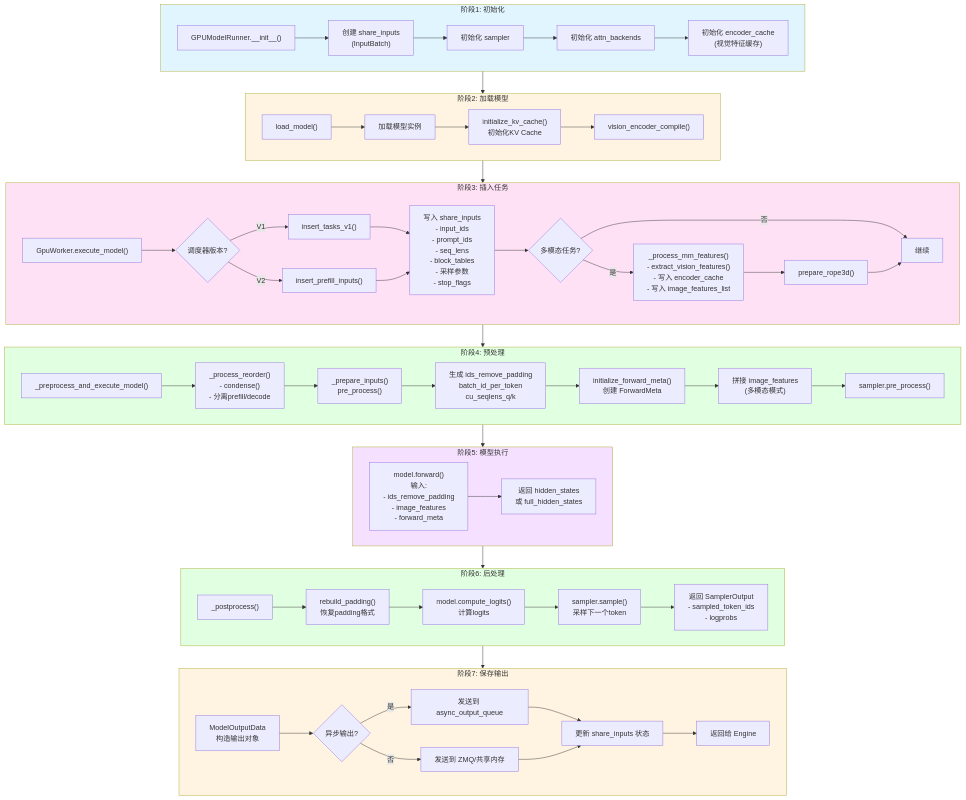
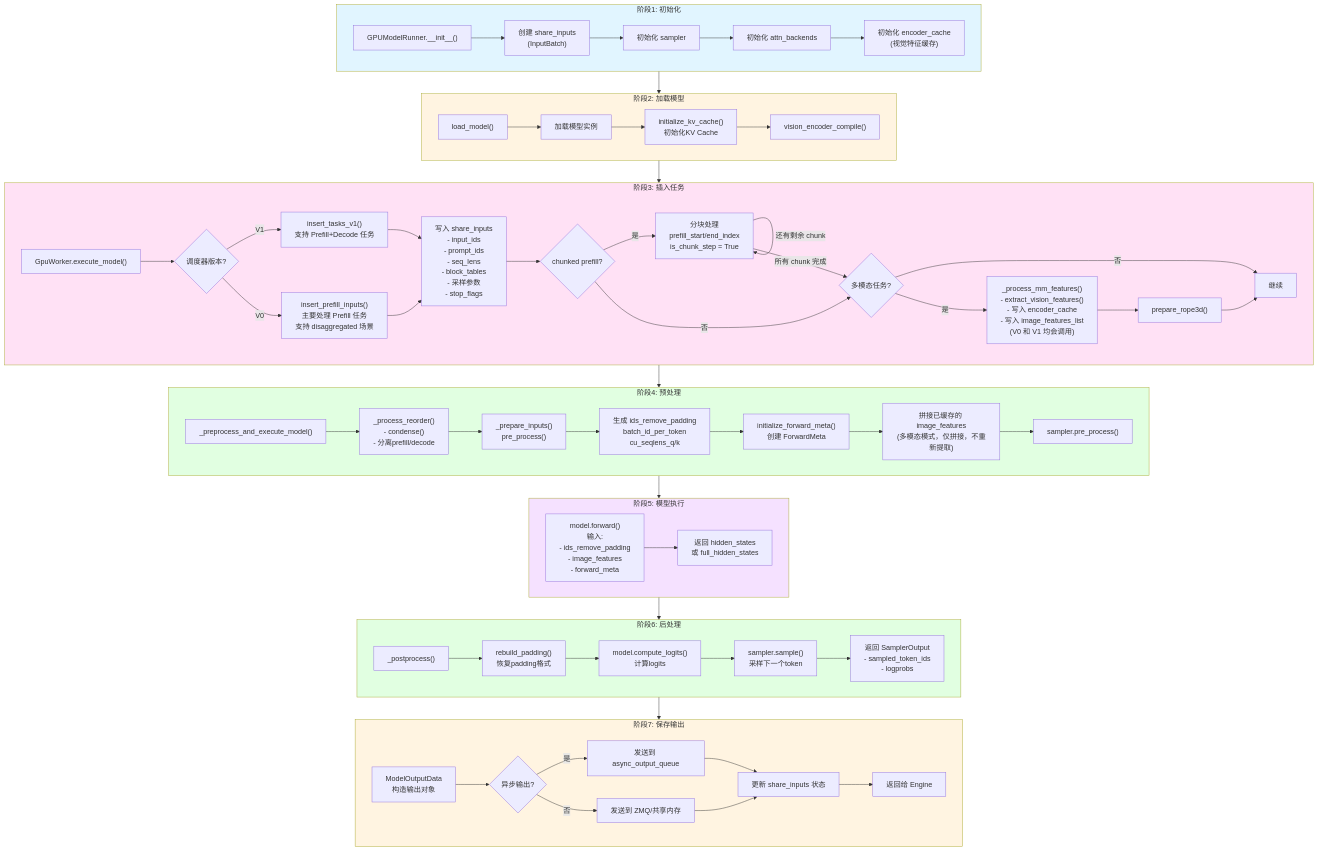
The first of 5 diagrams in docs/gpu_model_runner_data_flow.md (gongweibao/FastDeploy), drawn with Mermaid before and after one commit. The commit also changed other lines of this file and 17 other files, not shown here.

````diff
--- a/docs/gpu_model_runner_data_flow.md
+++ b/docs/gpu_model_runner_data_flow.md
@@ -9,72 +13,76 @@
 ```mermaid
 flowchart TD
     subgraph Init["阶段1: 初始化"]
         A["GPUModelRunner.__init__()"] --> B["创建 share_inputs<br/>(InputBatch)"]
         B --> C["初始化 sampler"]
         C --> D["初始化 attn_backends"]
         D --> E["初始化 encoder_cache<br/>(视觉特征缓存)"]
     end
 
     subgraph LoadModel["阶段2: 加载模型"]
         F["load_model()"] --> G["加载模型实例"]
         G --> H["initialize_kv_cache()<br/>初始化KV Cache"]
         H --> I["vision_encoder_compile()"]
     end
 
     subgraph InsertTasks["阶段3: 插入任务"]
         J["GpuWorker.execute_model()"] --> K{调度器版本?}
-        K -->|V1| L["insert_tasks_v1()"]
-        K -->|V2| M["insert_prefill_inputs()"]
+        K -->|V1| L["insert_tasks_v1()<br/>支持 Prefill+Decode 任务"]
+        K -->|V0| M["insert_prefill_inputs()<br/>主要处理 Prefill 任务<br/>支持 disaggregated 场景"]
         L --> N["写入 share_inputs<br/>- input_ids<br/>- prompt_ids<br/>- seq_lens<br/>- block_tables<br/>- 采样参数<br/>- stop_flags"]
         M --> N
-        N --> O{多模态任务?}
-        O -->|是| P["_process_mm_features()<br/>- extract_vision_features()<br/>- 写入 encoder_cache<br/>- 写入 image_features_list"]
+        N --> N1{chunked prefill?}
+        N1 -->|是| N2["分块处理<br/>prefill_start/end_index<br/>is_chunk_step = True"]
+        N2 -->|还有剩余 chunk| N2
+        N2 -->|所有 chunk 完成| O
+        N1 -->|否| O{多模态任务?}
+        O -->|是| P["_process_mm_features()<br/>- extract_vision_features()<br/>- 写入 encoder_cache<br/>- 写入 image_features_list<br/>(V0 和 V1 均会调用)"]
         O -->|否| Q["继续"]
         P --> R["prepare_rope3d()"]
         R --> Q
     end
 
     subgraph Preprocess["阶段4: 预处理"]
         S["_preprocess_and_execute_model()"] --> T["_process_reorder()<br/>- condense()<br/>- 分离prefill/decode"]
         T --> U["_prepare_inputs()<br/>pre_process()"]
         U --> V["生成 ids_remove_padding<br/>batch_id_per_token<br/>cu_seqlens_q/k"]
         V --> W["initialize_forward_meta()<br/>创建 ForwardMeta"]
-        W --> X["拼接 image_features<br/>(多模态模式)"]
+        W --> X["拼接已缓存的 image_features<br/>(多模态模式，仅拼接，不重新提取)"]
         X --> Y["sampler.pre_process()"]
     end
 
     subgraph ModelExec["阶段5: 模型执行"]
         Z["model.forward()<br/>输入:<br/>- ids_remove_padding<br/>- image_features<br/>- forward_meta"] --> AA["返回 hidden_states<br/>或 full_hidden_states"]
     end
 
     subgraph Postprocess["阶段6: 后处理"]
         AB["_postprocess()"] --> AC["rebuild_padding()<br/>恢复padding格式"]
         AC --> AD["model.compute_logits()<br/>计算logits"]
         AD --> AE["sampler.sample()<br/>采样下一个token"]
         AE --> AF["返回 SamplerOutput<br/>- sampled_token_ids<br/>- logprobs"]
     end
 
     subgraph SaveOutput["阶段7: 保存输出"]
         AG["ModelOutputData<br/>构造输出对象"] --> AH{异步输出?}
         AH -->|是| AI["发送到 async_output_queue"]
         AH -->|否| AJ["发送到 ZMQ/共享内存"]
         AI --> AK["更新 share_inputs 状态"]
         AJ --> AK
         AK --> AL["返回给 Engine"]
     end
 
     Init --> LoadModel
     LoadModel --> InsertTasks
     InsertTasks --> Preprocess
     Preprocess --> ModelExec
     ModelExec --> Postprocess
     Postprocess --> SaveOutput
 
     style Init fill:#e1f5ff
     style LoadModel fill:#fff4e1
     style InsertTasks fill:#ffe1f5
     style Preprocess fill:#e1ffe1
     style ModelExec fill:#f5e1ff
     style Postprocess fill:#e1ffe1
     style SaveOutput fill:#fff4e1
 ```
````
